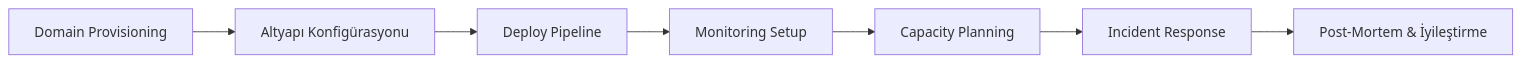
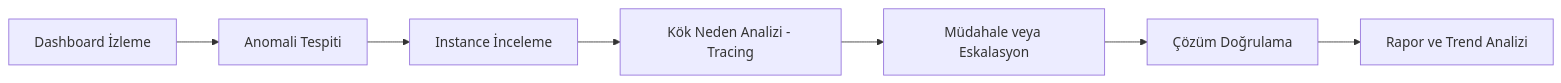
Before and after one commit to burgan-tech/vnext-docs: the fifth of 5 diagrams in product/personas/index.md, drawn with Mermaid. The commit also changed other lines of this file and 14 other files, not shown here.

````diff
--- a/product/personas/index.md
+++ b/product/personas/index.md
@@ -151,9 +145,9 @@
 ```mermaid
 graph LR
-    A[Domain Provisioning] --> B[Altyapı Konfigürasyonu]
-    B --> C[Deploy Pipeline]
-    C --> D[Monitoring Setup]
-    D --> E[Capacity Planning]
-    E --> F[Incident Response]
-    F --> G[Post-Mortem & İyileştirme]
+    A[Dashboard İzleme] --> B[Anomali Tespiti]
+    B --> C[Instance İnceleme]
+    C --> D[Kök Neden Analizi - Tracing]
+    D --> E[Müdahale veya Eskalasyon]
+    E --> F[Çözüm Doğrulama]
+    F --> G[Rapor ve Trend Analizi]
 ```
````
